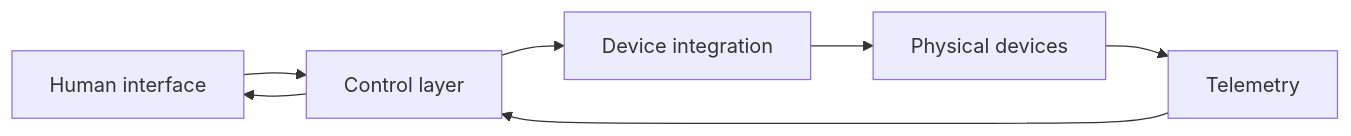
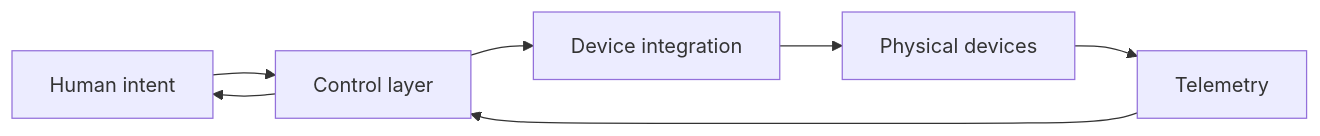
One commit to farismnrr/portofolio changed the third of 3 diagrams in frontend/content/projects/sensio-iot.md. Above: the diagram before and after it, drawn with Mermaid. The commit also changed other lines of this file and 6 other files, not shown here.

````diff
--- a/frontend/content/projects/sensio-iot.md
+++ b/frontend/content/projects/sensio-iot.md
@@ -112,9 +132,9 @@
 ```mermaid
 flowchart LR
-    H[Human interface] --> C[Control layer]
-    C --> D[Device integration]
-    D --> P[Physical devices]
+    H[Human intent] --> C[Control layer]
+    C --> I[Device integration]
+    I --> P[Physical devices]
     P --> T[Telemetry]
     T --> C
     C --> H
 ```
````
